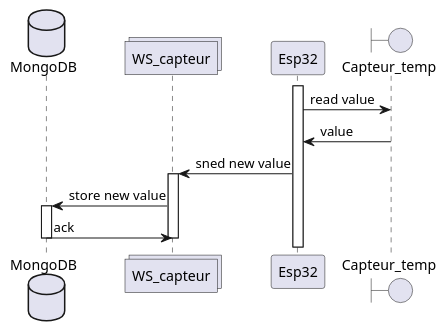
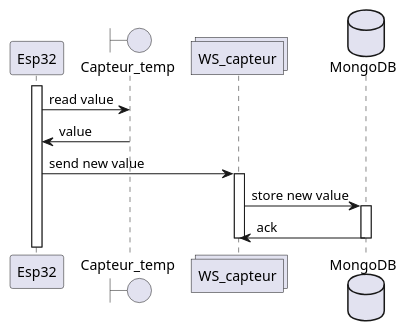
The diagram in sequence1.puml (6ixela/conception), drawn with PlantUML before and after one commit. The commit also changed 3 other files, not shown here.

```diff
--- a/sequence1.puml
+++ b/sequence1.puml
@@ -1,21 +1,21 @@
 @@startuml senario_lecture_temperature
 
 
-database MongoDB as mdb
-collections WS_capteur as wsc
 participant Esp32 as esp
 boundary Capteur_temp as ct
+collections WS_capteur as wsc
+database MongoDB as mdb
 
 activate esp
 esp -> ct : read value
 ct -> esp : value
 
-esp -> wsc : sned new value
+esp -> wsc : send new value
 activate wsc
 wsc -> mdb : store new value
 activate mdb
 mdb -> wsc : ack
 deactivate mdb
 deactivate wsc
 
 @@enduml
```
